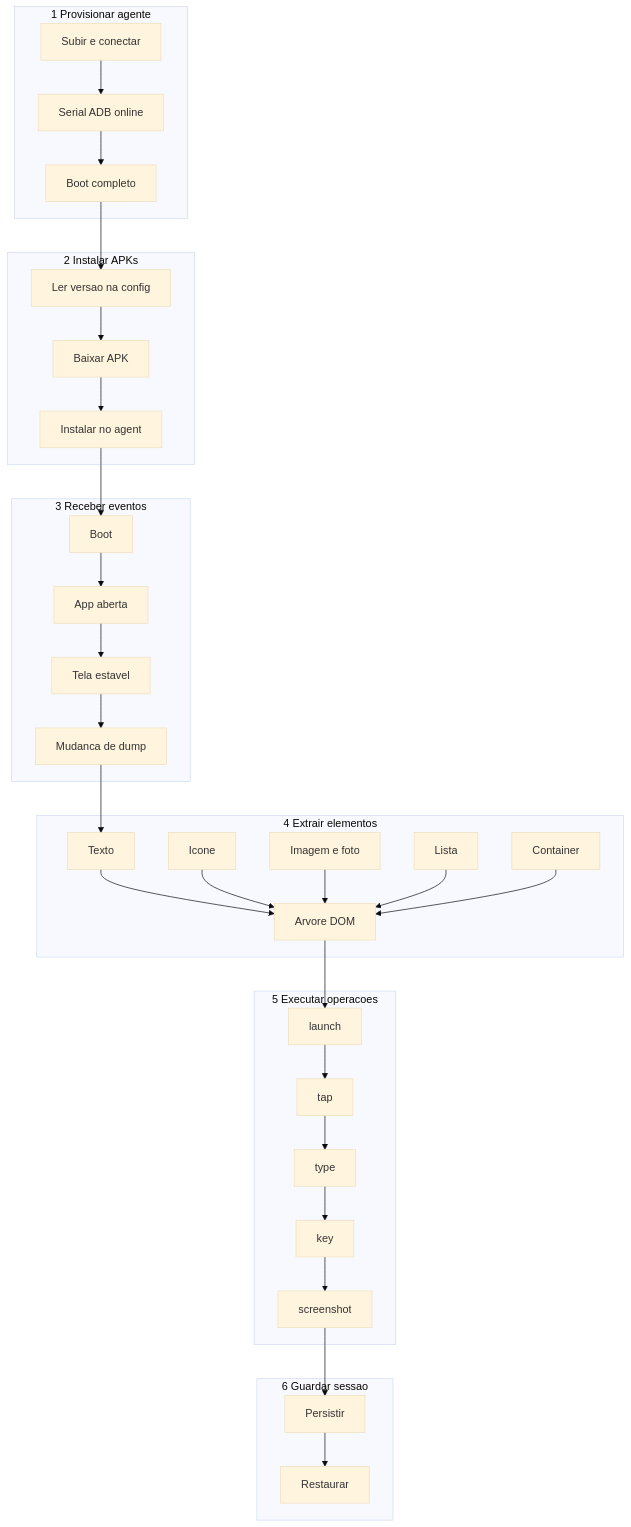
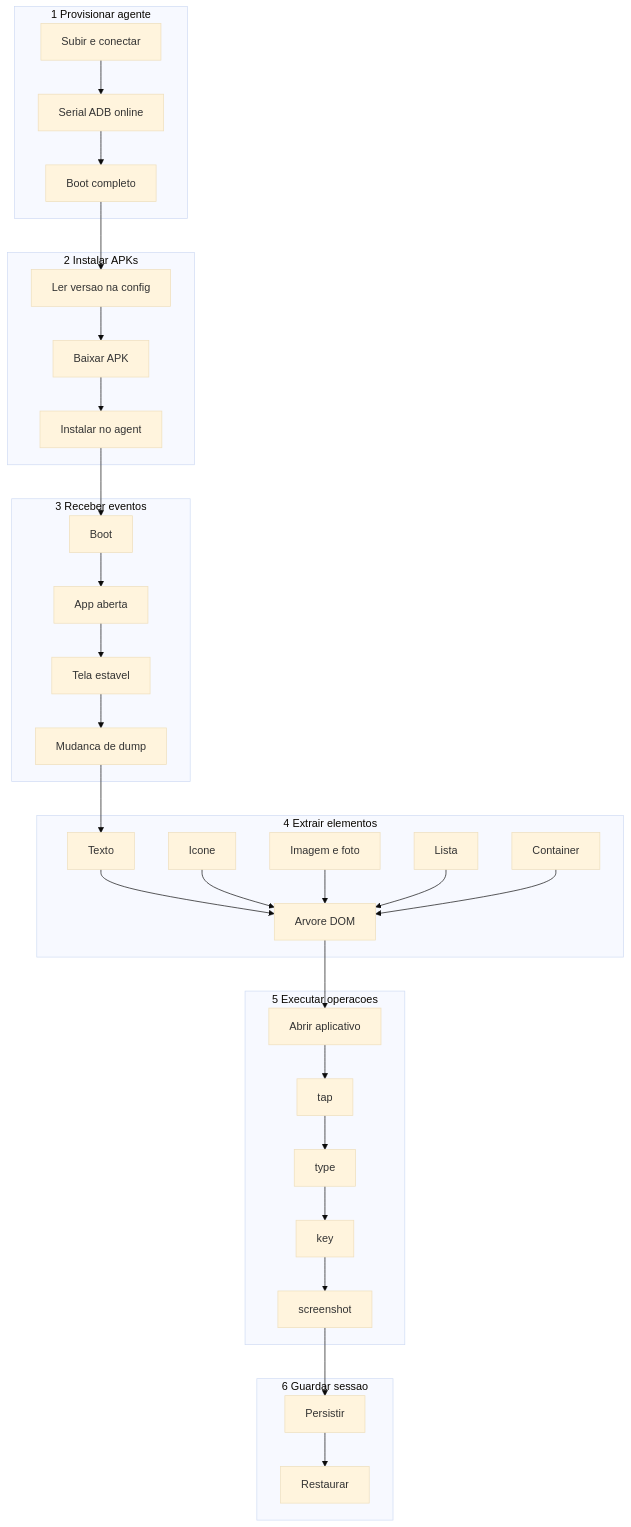
The first of 3 diagrams in core/tasks/README.md (laerciogermano/workstation), drawn with Mermaid (base theme) before and after one commit. The commit also changed other lines of this file and 2 other files, not shown here.

First line of the commit message:
Inclui Abrir aplicativo em Executar operações do screen-robot.

````diff
--- a/core/tasks/README.md
+++ b/core/tasks/README.md
@@ -48,43 +48,43 @@
 ```mermaid
 flowchart TB
   subgraph P[1 Provisionar agente]
     P1[Subir e conectar] --> P2[Serial ADB online]
     P2 --> P3[Boot completo]
   end
 
   subgraph I[2 Instalar APKs]
     I1[Ler versao na config] --> I2[Baixar APK]
     I2 --> I3[Instalar no agent]
   end
 
   subgraph E[3 Receber eventos]
     E1[Boot] --> E2[App aberta]
     E2 --> E3[Tela estavel]
     E3 --> E4[Mudanca de dump]
   end
 
   subgraph X[4 Extrair elementos]
     X1[Texto] --> X6[Arvore DOM]
     X2[Icone] --> X6
     X3[Imagem e foto] --> X6
     X4[Lista] --> X6
     X5[Container] --> X6
   end
 
   subgraph O[5 Executar operacoes]
-    O1[launch] --> O2[tap]
+    O1[Abrir aplicativo] --> O2[tap]
     O2 --> O3[type]
     O3 --> O4[key]
     O4 --> O5[screenshot]
   end
 
   subgraph S[6 Guardar sessao]
     S1[Persistir] --> S2[Restaurar]
   end
 
   P3 --> I1
   I3 --> E1
   E4 --> X1
   X6 --> O1
   O5 --> S1
 ```
````
